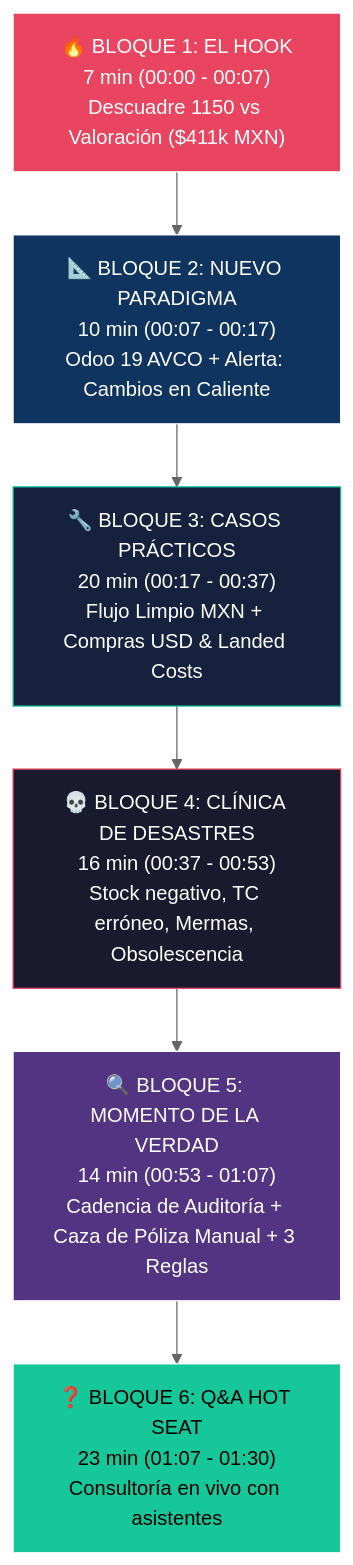
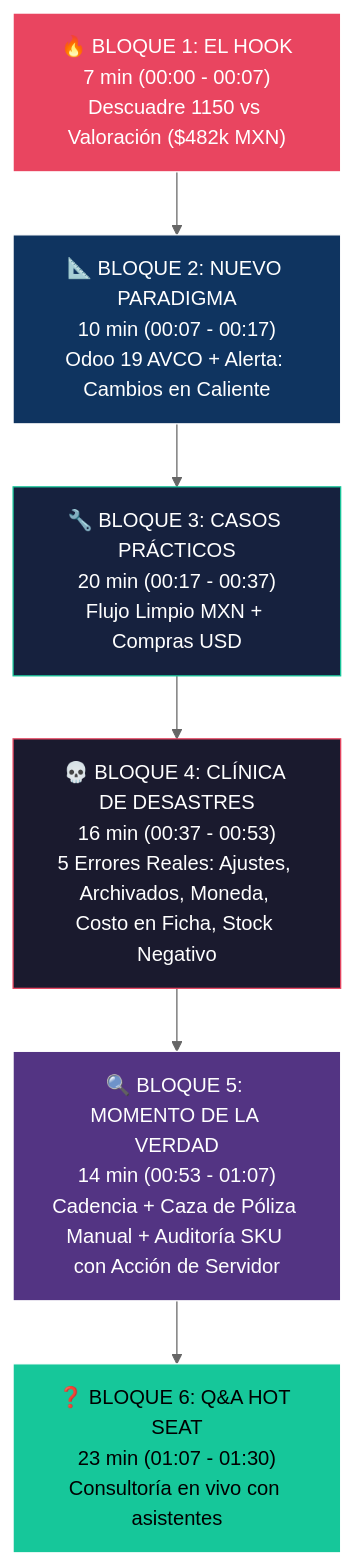
Before and after one commit to JulioSerna/masterclass: the second of 2 diagrams in masterclass-plan-final.md, drawn with Mermaid (neutral theme). The commit also changed other lines of this file and 11 other files, not shown here.

````diff
--- a/masterclass-plan-final.md
+++ b/masterclass-plan-final.md
@@ -49,15 +50,15 @@
 ```mermaid
 flowchart TD
-    A["🔥 BLOQUE 1: EL HOOK\n7 min (00:00 - 00:07)\nDescuadre 1150 vs Valoración ($411k MXN)"] --> B["📐 BLOQUE 2: NUEVO PARADIGMA\n10 min (00:07 - 00:17)\nOdoo 19 AVCO + Alerta: Cambios en Caliente"]
-    B --> C["🔧 BLOQUE 3: CASOS PRÁCTICOS\n20 min (00:17 - 00:37)\nFlujo Limpio MXN + Compras USD & Landed Costs"]
-    C --> D["💀 BLOQUE 4: CLÍNICA DE DESASTRES\n16 min (00:37 - 00:53)\nStock negativo, TC erróneo, Mermas, Obsolescencia"]
-    D --> E["🔍 BLOQUE 5: MOMENTO DE LA VERDAD\n14 min (00:53 - 01:07)\nCadencia de Auditoría + Caza de Póliza Manual + 3 Reglas"]
+    A["🔥 BLOQUE 1: EL HOOK\n7 min (00:00 - 00:07)\nDescuadre 1150 vs Valoración ($482k MXN)"] --> B["📐 BLOQUE 2: NUEVO PARADIGMA\n10 min (00:07 - 00:17)\nOdoo 19 AVCO + Alerta: Cambios en Caliente"]
+    B --> C["🔧 BLOQUE 3: CASOS PRÁCTICOS\n20 min (00:17 - 00:37)\nFlujo Limpio MXN + Compras USD"]
+    C --> D["💀 BLOQUE 4: CLÍNICA DE DESASTRES\n16 min (00:37 - 00:53)\n5 Errores Reales: Ajustes, Archivados, Moneda, Costo en Ficha, Stock Negativo"]
+    D --> E["🔍 BLOQUE 5: MOMENTO DE LA VERDAD\n14 min (00:53 - 01:07)\nCadencia + Caza de Póliza Manual + Auditoría SKU con Acción de Servidor"]
     E --> F["❓ BLOQUE 6: Q&A HOT SEAT\n23 min (01:07 - 01:30)\nConsultoría en vivo con asistentes"]
 
     style A fill:#e94560,stroke:#fff,color:#fff
     style B fill:#0f3460,stroke:#fff,color:#fff
     style C fill:#16213e,stroke:#16c79a,color:#fff
     style D fill:#1a1a2e,stroke:#e94560,color:#fff
     style E fill:#533483,stroke:#fff,color:#fff
     style F fill:#16c79a,stroke:#fff,color:#000
 ```
````
